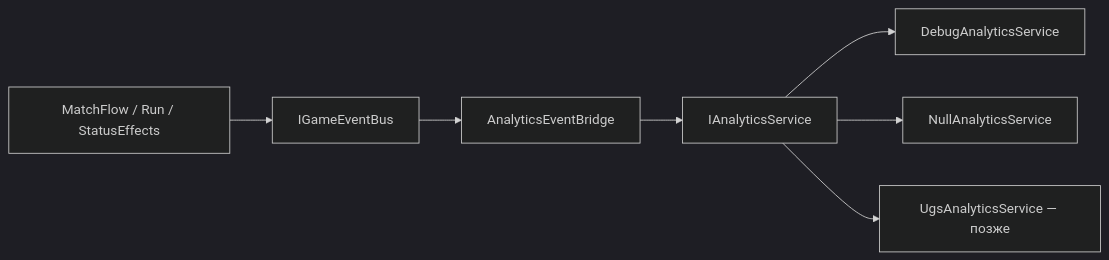
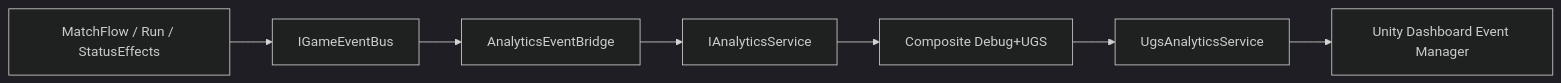
One commit to DeployChef/Futboloid changed the diagram in Wiki/FutboloidWiki/Архитектура/Аналитика.md. Above: the diagram before and after it, drawn with Mermaid (dark theme). The commit also changed other lines of this file and 11 other files, not shown here.

````diff
--- a/Wiki/FutboloidWiki/Архитектура/Аналитика.md
+++ b/Wiki/FutboloidWiki/Архитектура/Аналитика.md
@@ -45,17 +46,17 @@
 ```mermaid
 flowchart LR
     Domain[MatchFlow / Run / StatusEffects]
     Bus[IGameEventBus]
     Bridge[AnalyticsEventBridge]
     AS[IAnalyticsService]
-    Debug[DebugAnalyticsService]
-    Null[NullAnalyticsService]
-    UGS[UgsAnalyticsService — позже]
+    Comp[Composite Debug+UGS]
+    UGS[UgsAnalyticsService]
+    Dash[Unity Dashboard Event Manager]
 
     Domain --> Bus
     Bus --> Bridge
     Bridge --> AS
-    AS --> Debug
-    AS --> Null
-    AS --> UGS
+    AS --> Comp
+    Comp --> UGS
+    UGS --> Dash
 ```
````
